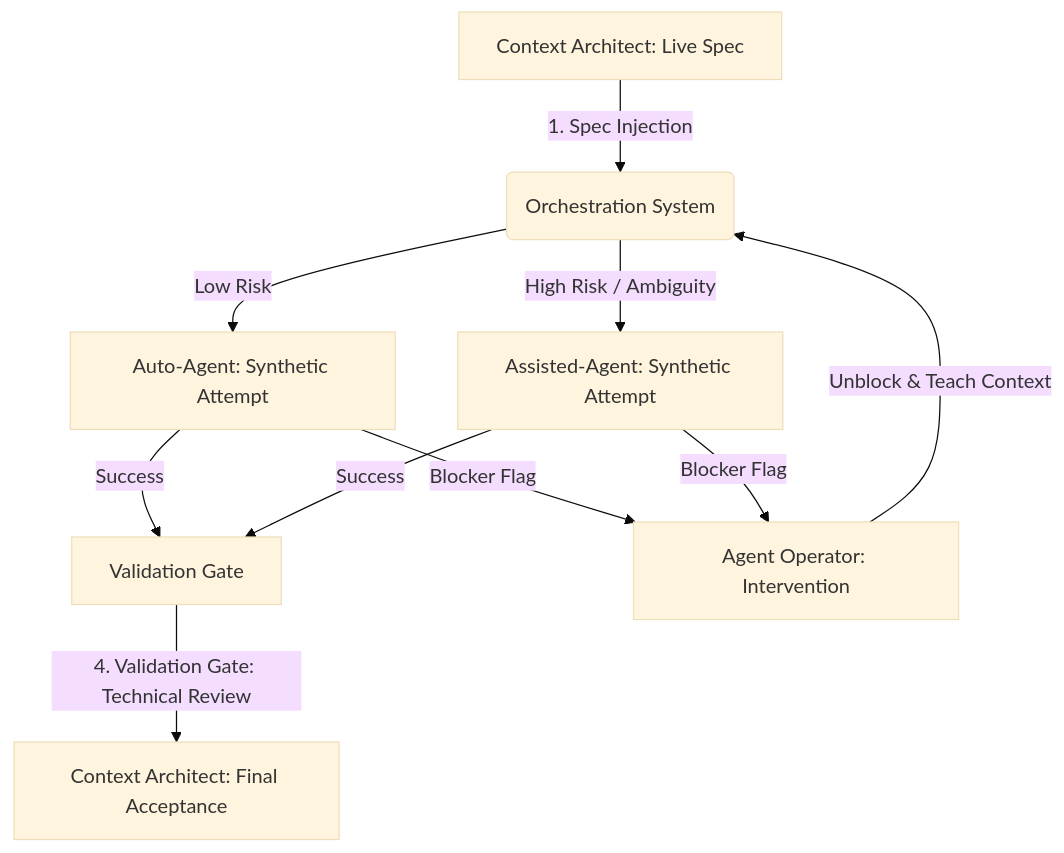
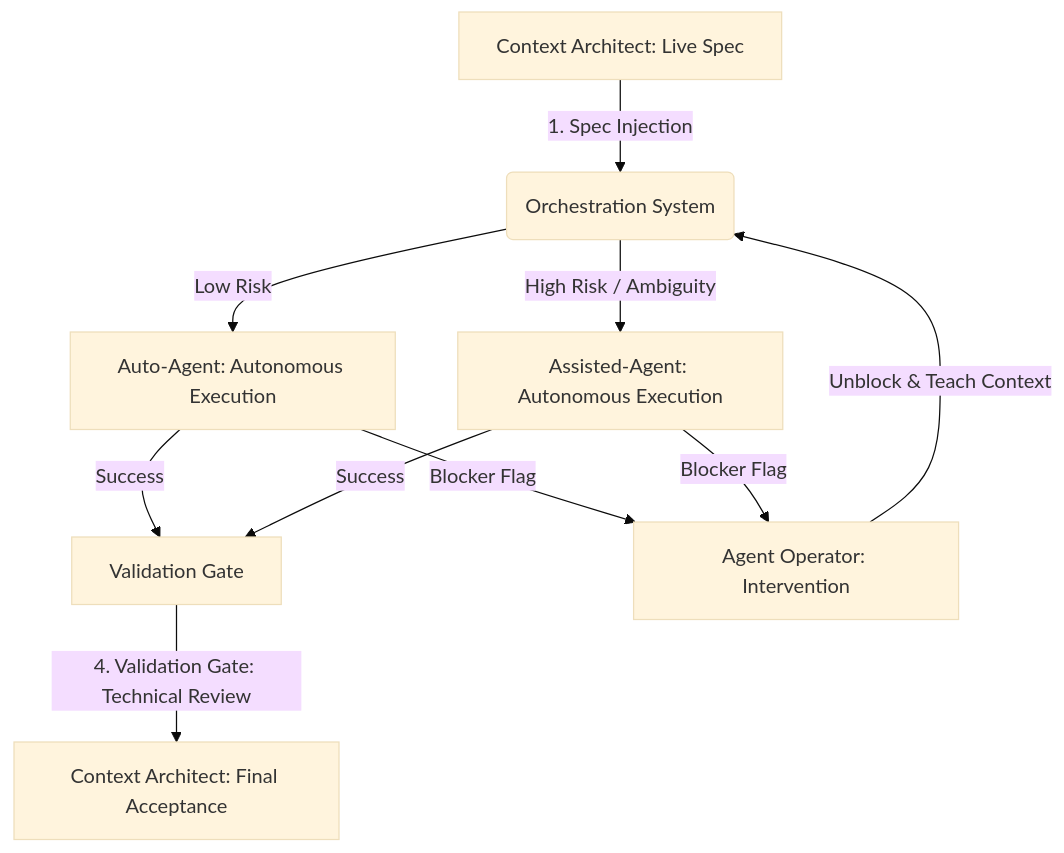
The diagram in framework/orchestration-layer.md (agentic-development/agentic-dev-handbook), drawn with Mermaid (base theme) before and after one commit. The commit also changed other lines of this file and 19 other files, not shown here.

````diff
--- a/framework/orchestration-layer.md
+++ b/framework/orchestration-layer.md
@@ -100,12 +100,12 @@
 ```mermaid
 graph TD
     A[Context Architect: Live Spec] -->|1. Spec Injection| B(Orchestration System)
-    B -->|Low Risk| C[Auto-Agent: Synthetic Attempt]
-    B -->|High Risk / Ambiguity| D[Assisted-Agent: Synthetic Attempt]
+    B -->|Low Risk| C[Auto-Agent: Autonomous Execution]
+    B -->|High Risk / Ambiguity| D[Assisted-Agent: Autonomous Execution]
     C -->|Success| E[Validation Gate]
     D -->|Success| E
     C -->|Blocker Flag| F[Agent Operator: Intervention]
     D -->|Blocker Flag| F
     F -->|Unblock & Teach Context| B
     E -->|4. Validation Gate: Technical Review| G[Context Architect: Final Acceptance]
 ```
````
